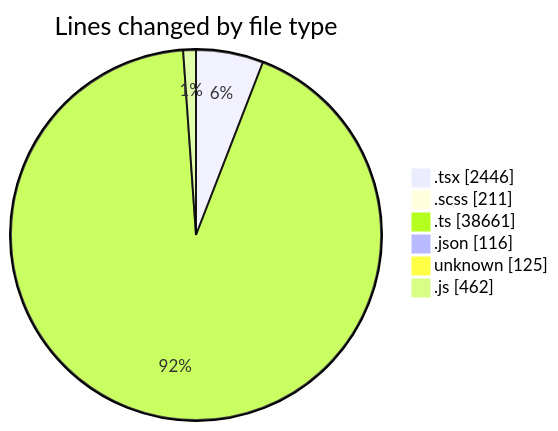
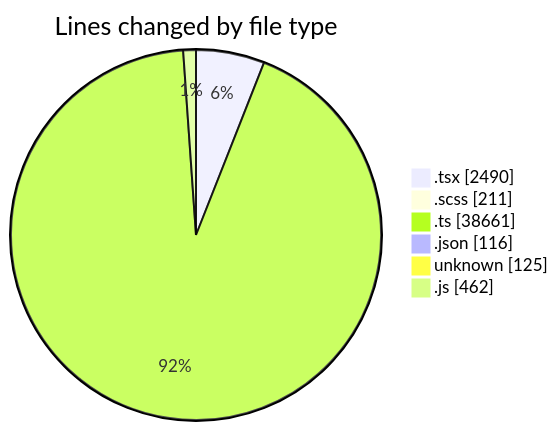
One commit to momahboobian/code-tracking changed the first of 2 diagrams in 2026-09-04/cda/README.md. Above: the diagram before and after it, drawn with Mermaid. The commit also changed other lines of this file and 1 other file, not shown here.

````diff
--- a/2026-09-04/cda/README.md
+++ b/2026-09-04/cda/README.md
@@ -70,10 +70,10 @@
 ```mermaid
 pie showData
 title Lines changed by file type
-".tsx" : 2446
+".tsx" : 2490
 ".scss" : 211
 ".ts" : 38661
 ".json" : 116
 "unknown" : 125
 ".js" : 462
 ```
````
